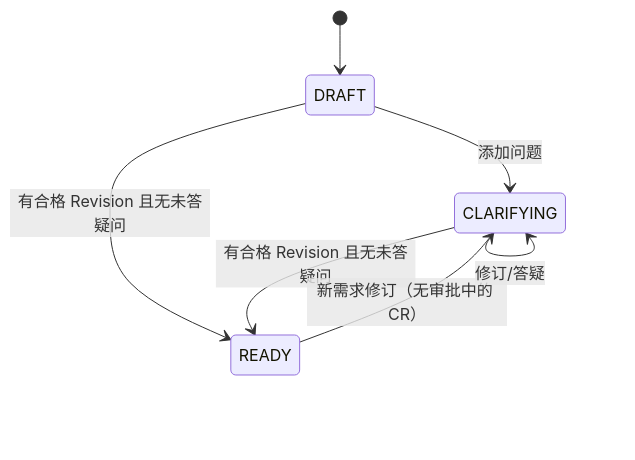
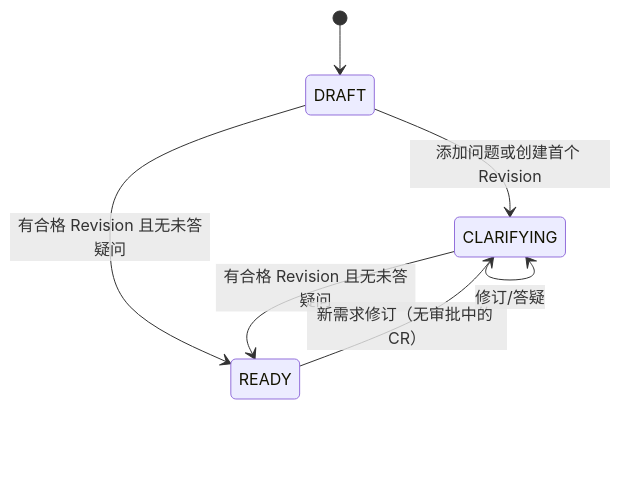
Before and after one commit to lithuio/specbridge: the first of 3 diagrams in docs/architecture/STATE_MACHINES.md, drawn with Mermaid. The commit also changed other lines of this file and 30 other files, not shown here.

````diff
--- a/docs/architecture/STATE_MACHINES.md
+++ b/docs/architecture/STATE_MACHINES.md
@@ -14,9 +14,9 @@
 ```mermaid
 stateDiagram-v2
   [*] --> DRAFT
-  DRAFT --> CLARIFYING: 添加问题
+  DRAFT --> CLARIFYING: 添加问题或创建首个 Revision
   DRAFT --> READY: 有合格 Revision 且无未答疑问
   CLARIFYING --> READY: 有合格 Revision 且无未答疑问
   READY --> CLARIFYING: 新需求修订（无审批中的 CR）
   CLARIFYING --> CLARIFYING: 修订/答疑
 ```
````
